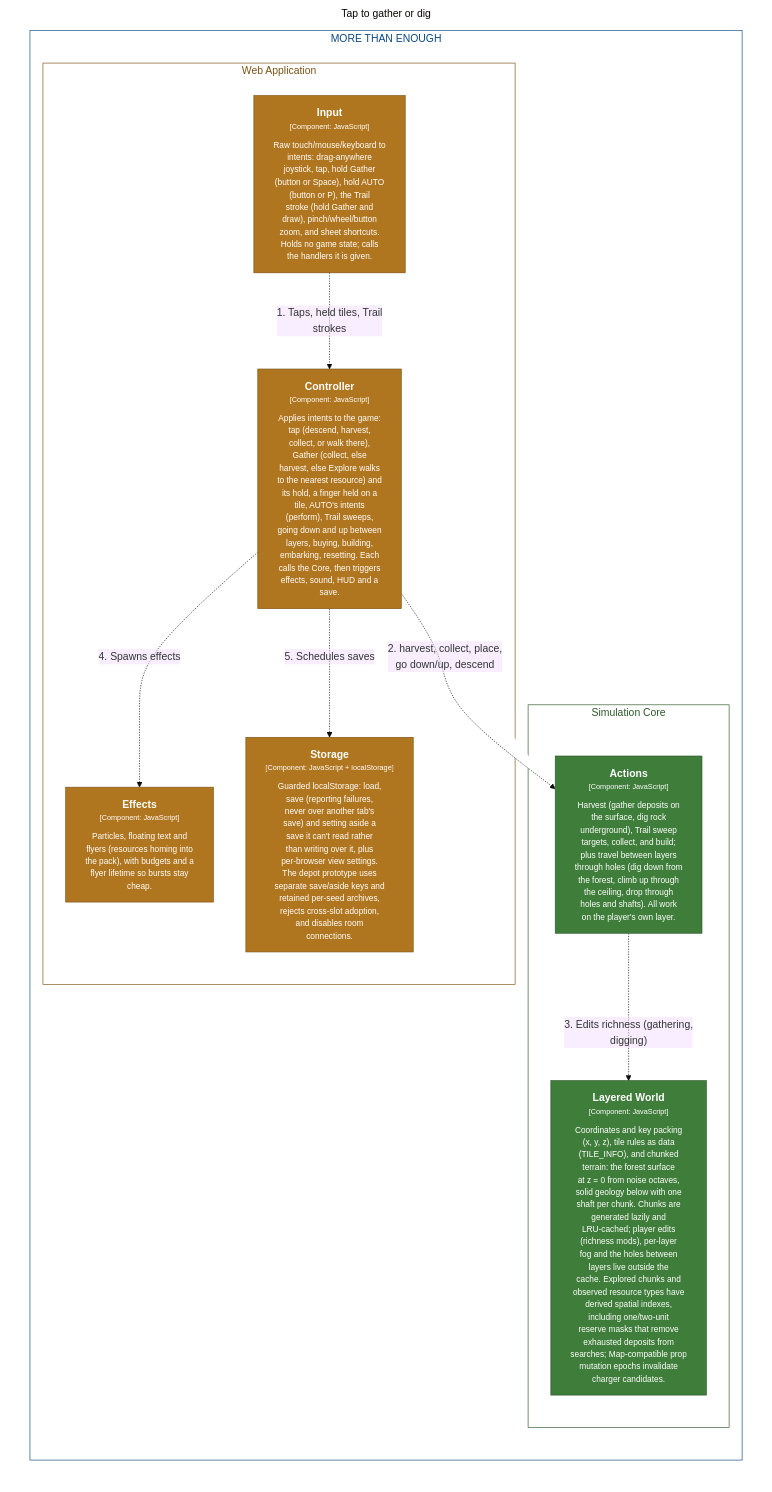
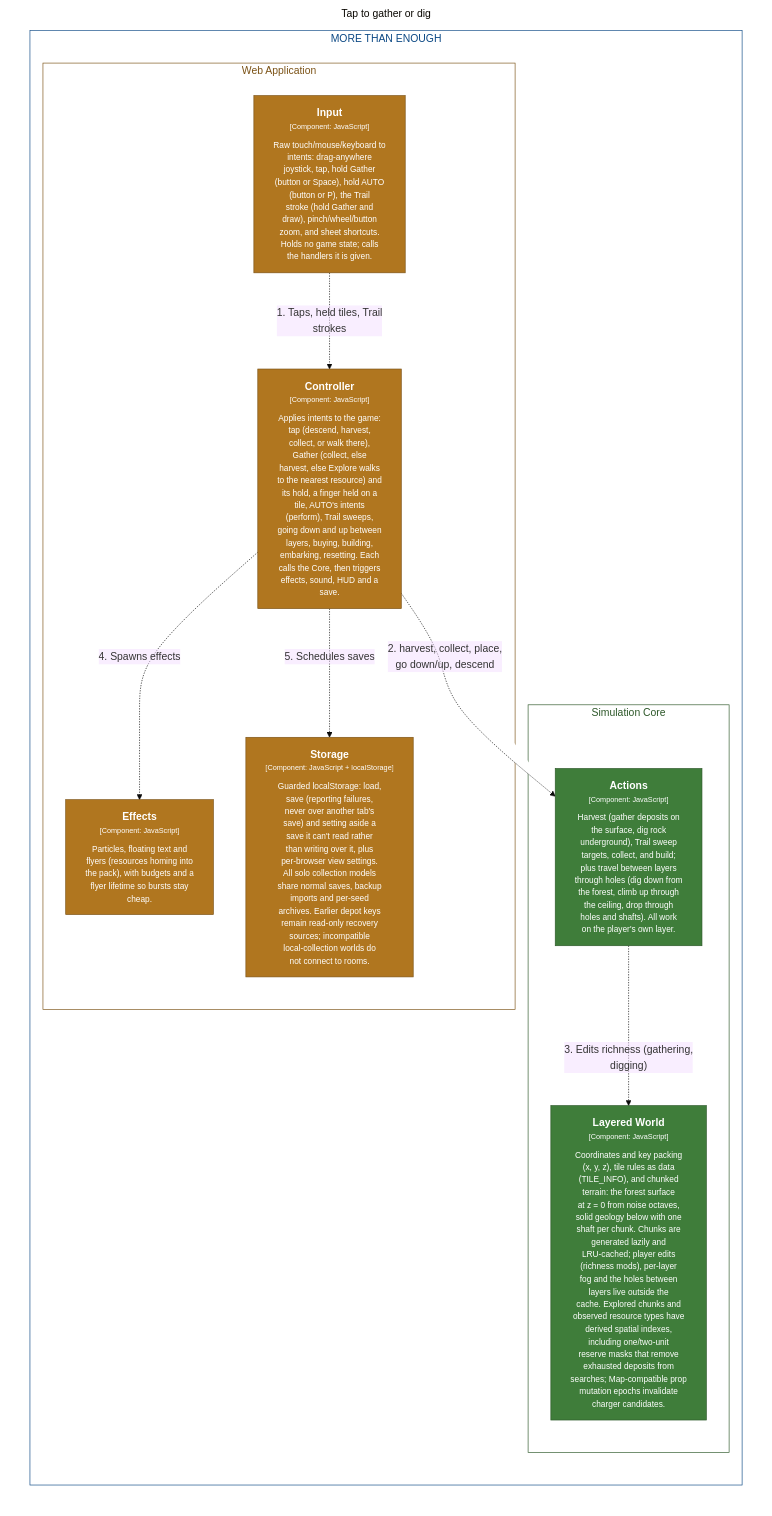
Before and after one commit to bitkojine/more-than-enough: the diagram in structurizr/diagrams/CollectFlow.mmd, drawn with Mermaid (base theme). The commit also changed 30 other files, not shown here.

Commit message:
Remove retired prototype paths and unify solo backup imports

```diff
--- a/structurizr/diagrams/CollectFlow.mmd
+++ b/structurizr/diagrams/CollectFlow.mmd
@@ -1,41 +1,41 @@
 %% Generated from structurizr/workspace.dsl — do not edit; run: node structurizr/scripts/structurizr.mjs mermaid
 graph LR
   linkStyle default fill:#ffffff
 
   subgraph diagram ["Tap to gather or dig"]
     style diagram fill:#ffffff,stroke:#ffffff
 
     subgraph 3 ["MORE THAN ENOUGH"]
       style 3 fill:#ffffff,stroke:#0b4884,color:#0b4884
 
       subgraph 23 ["Simulation Core"]
         style 23 fill:#ffffff,stroke:#2c5728,color:#2c5728
 
         25["<div style='font-weight: bold'>Layered World</div><div style='font-size: 70%; margin-top: 0px'>[Component: JavaScript]</div><div style='font-size: 80%; margin-top:10px'>Coordinates and key packing<br />(x, y, z), tile rules as data<br />(TILE_INFO), and chunked<br />terrain: the forest surface<br />at z = 0 from noise octaves,<br />solid geology below with one<br />shaft per chunk. Chunks are<br />generated lazily and<br />LRU-cached; player edits<br />(richness mods), per-layer<br />fog and the holes between<br />layers live outside the<br />cache. Explored chunks and<br />observed resource types have<br />derived spatial indexes,<br />including one/two-unit<br />reserve masks that remove<br />exhausted deposits from<br />searches; Map-compatible prop<br />mutation epochs invalidate<br />charger candidates.</div>"]
         style 25 fill:#3f7d3a,stroke:#2c5728,color:#ffffff
         28["<div style='font-weight: bold'>Actions</div><div style='font-size: 70%; margin-top: 0px'>[Component: JavaScript]</div><div style='font-size: 80%; margin-top:10px'>Harvest (gather deposits on<br />the surface, dig rock<br />underground), Trail sweep<br />targets, collect, and build;<br />plus travel between layers<br />through holes (dig down from<br />the forest, climb up through<br />the ceiling, drop through<br />holes and shafts). All work<br />on the player's own layer.</div>"]
         style 28 fill:#3f7d3a,stroke:#2c5728,color:#ffffff
       end
 
       subgraph 4 ["Web Application"]
         style 4 fill:#ffffff,stroke:#7b5215,color:#7b5215
 
         13["<div style='font-weight: bold'>Effects</div><div style='font-size: 70%; margin-top: 0px'>[Component: JavaScript]</div><div style='font-size: 80%; margin-top:10px'>Particles, floating text and<br />flyers (resources homing into<br />the pack), with budgets and a<br />flyer lifetime so bursts stay<br />cheap.</div>"]
         style 13 fill:#b0761f,stroke:#7b5215,color:#ffffff
-        18["<div style='font-weight: bold'>Storage</div><div style='font-size: 70%; margin-top: 0px'>[Component: JavaScript + localStorage]</div><div style='font-size: 80%; margin-top:10px'>Guarded localStorage: load,<br />save (reporting failures,<br />never over another tab's<br />save) and setting aside a<br />save it can't read rather<br />than writing over it, plus<br />per-browser view settings.<br />The depot prototype uses<br />separate save/aside keys and<br />retained per-seed archives,<br />rejects cross-slot adoption,<br />and disables room<br />connections.</div>"]
+        18["<div style='font-weight: bold'>Storage</div><div style='font-size: 70%; margin-top: 0px'>[Component: JavaScript + localStorage]</div><div style='font-size: 80%; margin-top:10px'>Guarded localStorage: load,<br />save (reporting failures,<br />never over another tab's<br />save) and setting aside a<br />save it can't read rather<br />than writing over it, plus<br />per-browser view settings.<br />All solo collection models<br />share normal saves, backup<br />imports and per-seed<br />archives. Earlier depot keys<br />remain read-only recovery<br />sources; incompatible<br />local-collection worlds do<br />not connect to rooms.</div>"]
         style 18 fill:#b0761f,stroke:#7b5215,color:#ffffff
         8["<div style='font-weight: bold'>Input</div><div style='font-size: 70%; margin-top: 0px'>[Component: JavaScript]</div><div style='font-size: 80%; margin-top:10px'>Raw touch/mouse/keyboard to<br />intents: drag-anywhere<br />joystick, tap, hold Gather<br />(button or Space), hold AUTO<br />(button or P), the Trail<br />stroke (hold Gather and<br />draw), pinch/wheel/button<br />zoom, and sheet shortcuts.<br />Holds no game state; calls<br />the handlers it is given.</div>"]
         style 8 fill:#b0761f,stroke:#7b5215,color:#ffffff
         9["<div style='font-weight: bold'>Controller</div><div style='font-size: 70%; margin-top: 0px'>[Component: JavaScript]</div><div style='font-size: 80%; margin-top:10px'>Applies intents to the game:<br />tap (descend, harvest,<br />collect, or walk there),<br />Gather (collect, else<br />harvest, else Explore walks<br />to the nearest resource) and<br />its hold, a finger held on a<br />tile, AUTO's intents<br />(perform), Trail sweeps,<br />going down and up between<br />layers, buying, building,<br />embarking, resetting. Each<br />calls the Core, then triggers<br />effects, sound, HUD and a<br />save.</div>"]
         style 9 fill:#b0761f,stroke:#7b5215,color:#ffffff
       end
 
     end
 
     8-. "<div>1. Taps, held tiles, Trail<br />strokes</div><div style='font-size: 70%'></div>" .->9
     9-. "<div>2. harvest, collect, place,<br />go down/up, descend</div><div style='font-size: 70%'></div>" .->28
     28-. "<div>3. Edits richness (gathering,<br />digging)</div><div style='font-size: 70%'></div>" .->25
     9-. "<div>4. Spawns effects</div><div style='font-size: 70%'></div>" .->13
     9-. "<div>5. Schedules saves</div><div style='font-size: 70%'></div>" .->18
 
   end
```
